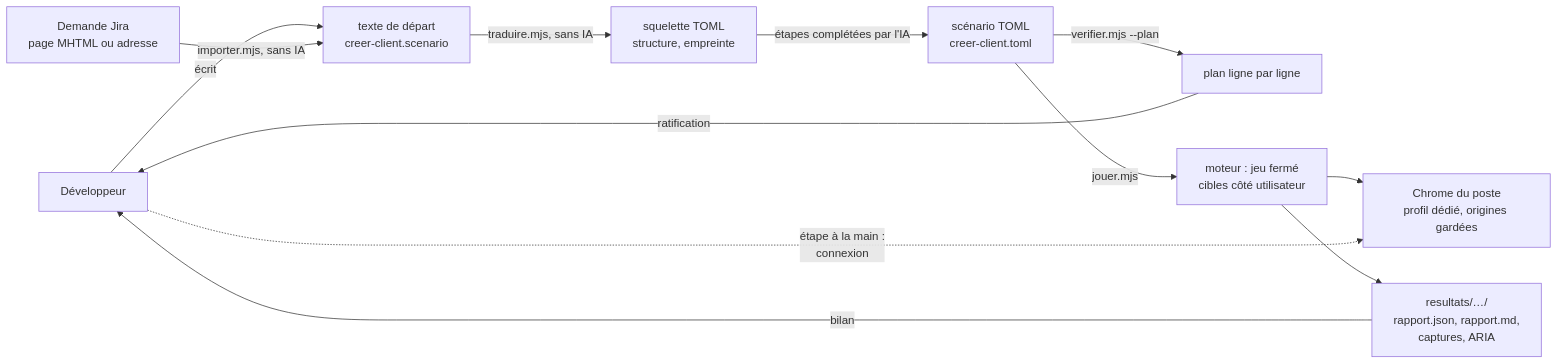
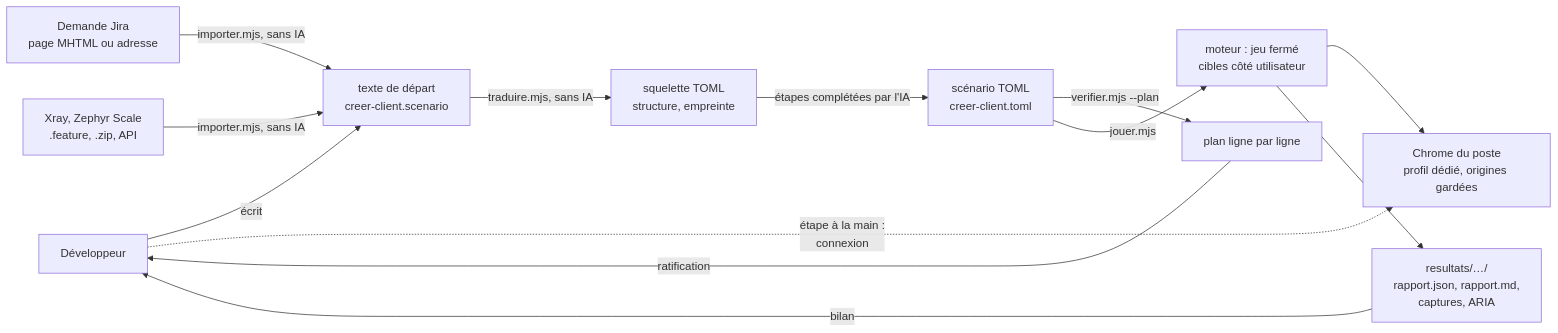
Before and after one commit to FredGarcia/Agent2Prompt: the diagram in specs/scenario-playwright/SKILL.md, drawn with Mermaid. The commit also changed other lines of this file and 20 other files, not shown here.

````diff
--- a/specs/scenario-playwright/SKILL.md
+++ b/specs/scenario-playwright/SKILL.md
@@ -30,14 +31,15 @@
 ```mermaid
 flowchart LR
   DEV["Développeur"] -->|"écrit"| TXT["texte de départ<br/>creer-client.scenario"]
   JIRA["Demande Jira<br/>page MHTML ou adresse"] -->|"importer.mjs, sans IA"| TXT
+  CAS["Xray, Zephyr Scale<br/>.feature, .zip, API"] -->|"importer.mjs, sans IA"| TXT
   TXT -->|"traduire.mjs, sans IA"| SQ["squelette TOML<br/>structure, empreinte"]
   SQ -->|"étapes complétées par l'IA"| TOML["scénario TOML<br/>creer-client.toml"]
   TOML -->|"verifier.mjs --plan"| PLAN["plan ligne par ligne"]
   PLAN -->|"ratification"| DEV
   TOML -->|"jouer.mjs"| MOT["moteur : jeu fermé<br/>cibles côté utilisateur"]
   MOT --> NAV["Chrome du poste<br/>profil dédié, origines gardées"]
   DEV -.->|"étape à la main :<br/>connexion"| NAV
   MOT --> RAP["resultats/…/<br/>rapport.json, rapport.md,<br/>captures, ARIA"]
   RAP -->|"bilan"| DEV
 ```
````
